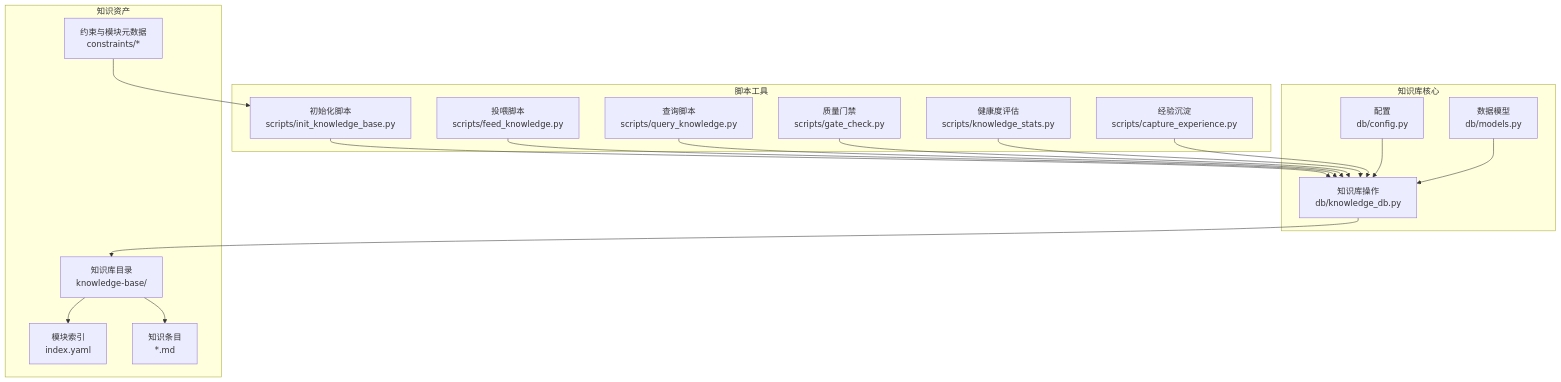
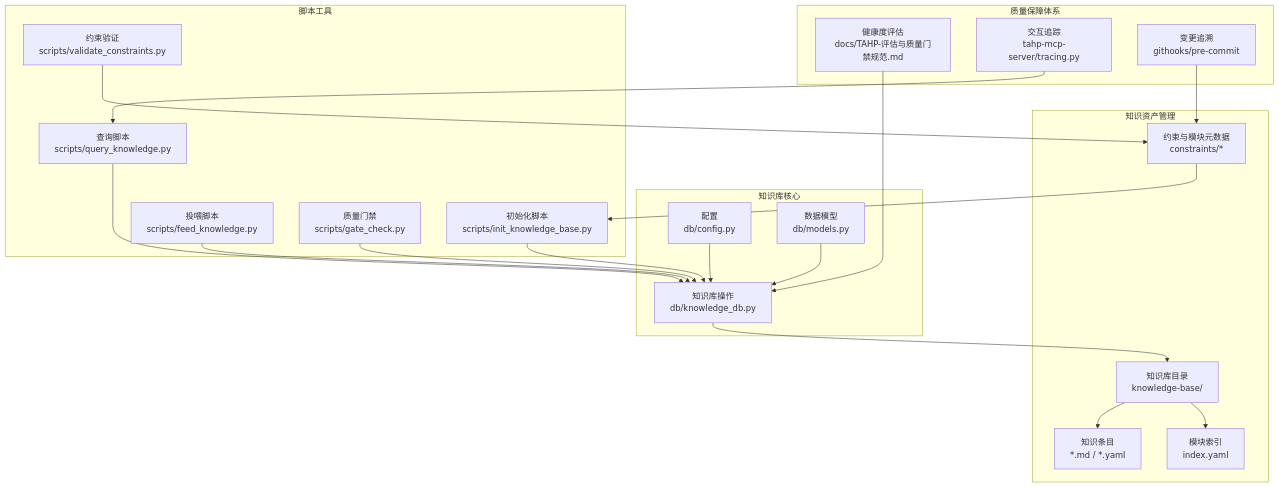
One commit to afcartevil/automated-test-script changed the first of 11 diagrams in .qoder/repowiki/zh/content/知识库管理系统/知识库管理系统.md. Above: the diagram before and after it, drawn with Mermaid. The commit also changed other lines of this file and 12 other files, not shown here.

````diff
--- a/.qoder/repowiki/zh/content/知识库管理系统/知识库管理系统.md
+++ b/.qoder/repowiki/zh/content/知识库管理系统/知识库管理系统.md
@@ -60,34 +65,40 @@
 ```mermaid
 graph TB
 subgraph "知识库核心"
 CFG["配置<br/>db/config.py"]
 MODELS["数据模型<br/>db/models.py"]
 KDB["知识库操作<br/>db/knowledge_db.py"]
 end
 subgraph "脚本工具"
 INIT["初始化脚本<br/>scripts/init_knowledge_base.py"]
 FEED["投喂脚本<br/>scripts/feed_knowledge.py"]
 QUERY["查询脚本<br/>scripts/query_knowledge.py"]
 GATE["质量门禁<br/>scripts/gate_check.py"]
-STATS["健康度评估<br/>scripts/knowledge_stats.py"]
-CAPTURE["经验沉淀<br/>scripts/capture_experience.py"]
+VALIDATE["约束验证<br/>scripts/validate_constraints.py"]
 end
-subgraph "知识资产"
+subgraph "知识资产管理"
 KB_DIR["知识库目录<br/>knowledge-base/"]
 IDX["模块索引<br/>index.yaml"]
-DOC["知识条目<br/>*.md"]
+DOC["知识条目<br/>*.md / *.yaml"]
 CONS["约束与模块元数据<br/>constraints/*"]
+end
+subgraph "质量保障体系"
+HEALTH["健康度评估<br/>docs/TAHP-评估与质量门禁规范.md"]
+TRACE["交互追踪<br/>tahp-mcp-server/tracing.py"]
+HOOK["变更追溯<br/>githooks/pre-commit"]
 end
 CFG --> KDB
 MODELS --> KDB
 INIT --> KDB
 FEED --> KDB
 QUERY --> KDB
 GATE --> KDB
-STATS --> KDB
-CAPTURE --> KDB
+VALIDATE --> CONS
 KDB --> KB_DIR
 KB_DIR --> IDX
 KB_DIR --> DOC
 CONS --> INIT
+HEALTH --> KDB
+TRACE --> QUERY
+HOOK --> CONS
 ```
````
